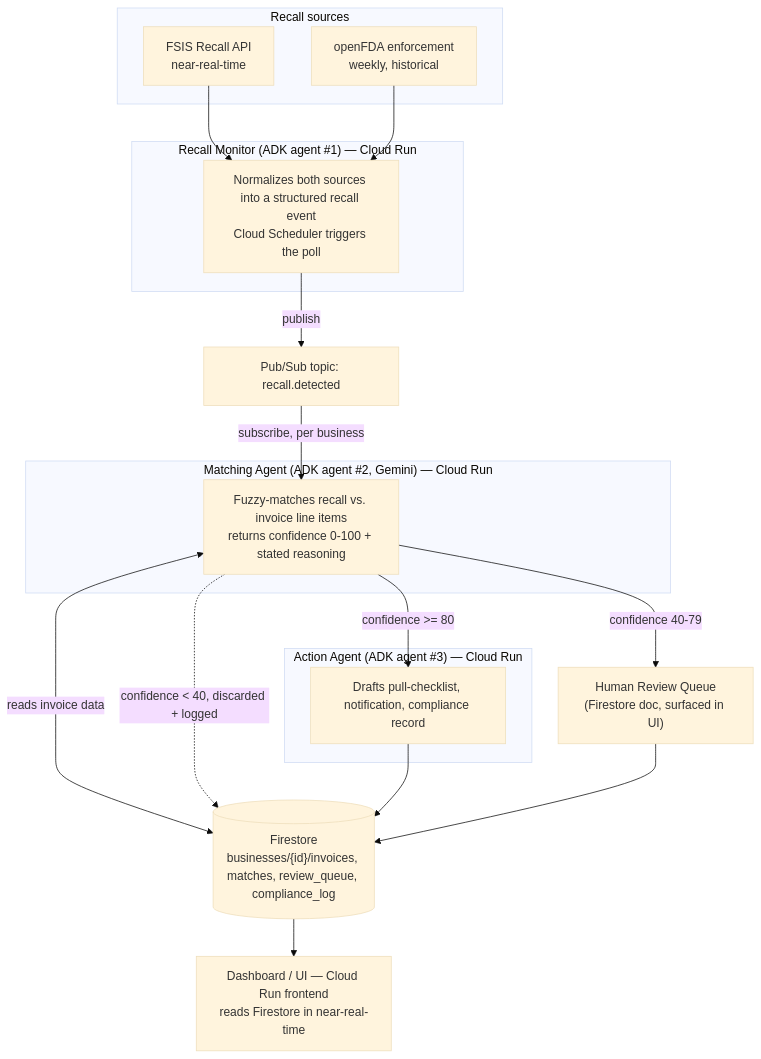
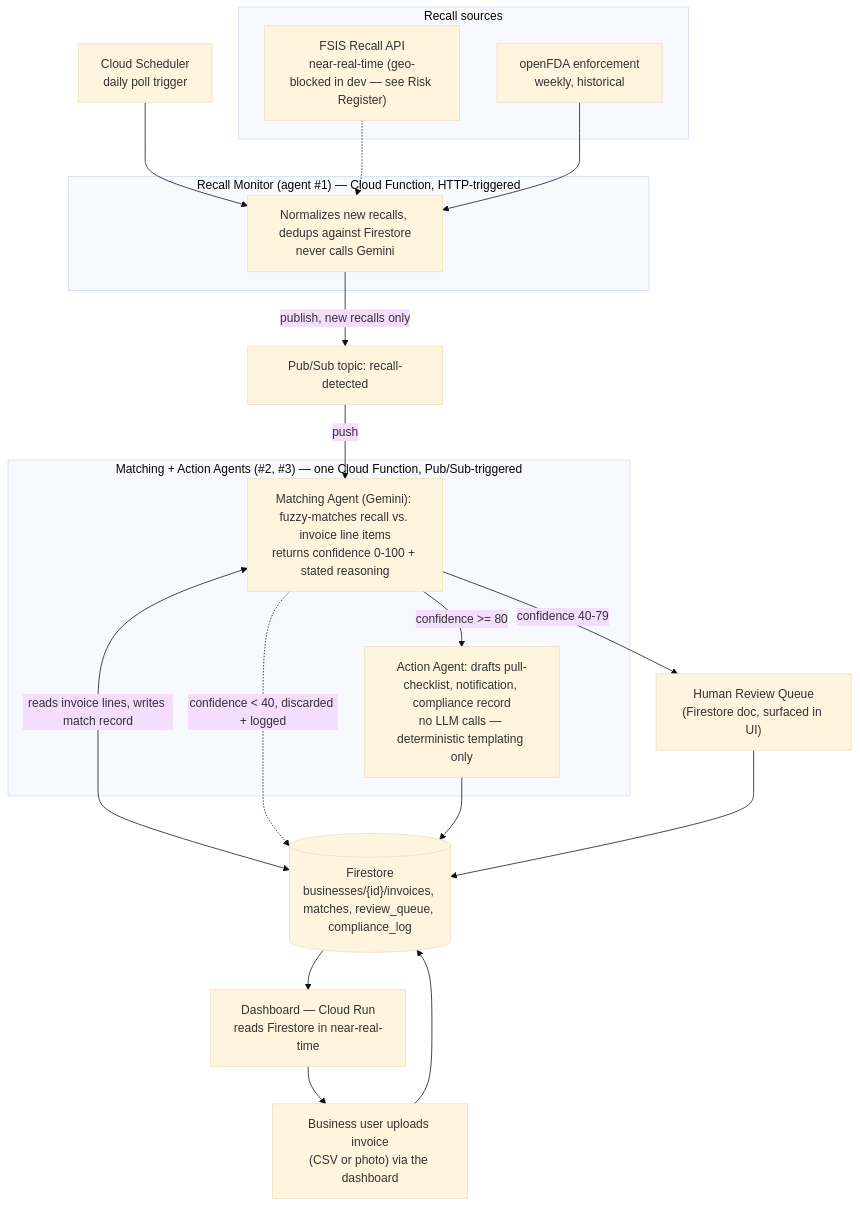
Before and after one commit to bilalhassan-567/RecallGuard: the diagram in docs/ARCHITECTURE.md, drawn with Mermaid (base theme). The commit also changed other lines of this file and 5 other files, not shown here.

First line of the commit message:
Complete N=30 benchmark, fix architecture diagram, build failure-injection demo

````diff
--- a/docs/ARCHITECTURE.md
+++ b/docs/ARCHITECTURE.md
@@ -3,38 +3,41 @@
 ```mermaid
 flowchart TB
     subgraph Sources["Recall sources"]
-        FSIS["FSIS Recall API<br/>near-real-time"]
+        FSIS["FSIS Recall API<br/>near-real-time (geo-blocked in dev — see Risk Register)"]
         FDA["openFDA enforcement<br/>weekly, historical"]
     end
 
-    subgraph Monitor["Recall Monitor (ADK agent #1) — Cloud Run"]
-        MON["Normalizes both sources into a structured recall event<br/>Cloud Scheduler triggers the poll"]
+    SCHED["Cloud Scheduler<br/>daily poll trigger"]
+
+    subgraph Monitor["Recall Monitor (agent #1) — Cloud Function, HTTP-triggered"]
+        MON["Normalizes new recalls, dedups against Firestore<br/>never calls Gemini"]
     end
 
-    TOPIC["Pub/Sub topic: recall.detected"]
+    TOPIC["Pub/Sub topic: recall-detected"]
 
-    subgraph Matching["Matching Agent (ADK agent #2, Gemini) — Cloud Run"]
-        MATCH["Fuzzy-matches recall vs. invoice line items<br/>returns confidence 0-100 + stated reasoning"]
+    subgraph MatchAction["Matching + Action Agents (#2, #3) — one Cloud Function, Pub/Sub-triggered"]
+        MATCH["Matching Agent (Gemini): fuzzy-matches recall vs. invoice line items<br/>returns confidence 0-100 + stated reasoning"]
+        ACT["Action Agent: drafts pull-checklist, notification, compliance record<br/>no LLM calls — deterministic templating only"]
+        MATCH -->|confidence >= 80| ACT
     end
 
+    UPLOAD["Business user uploads invoice<br/>(CSV or photo) via the dashboard"]
     FS[("Firestore<br/>businesses/{id}/invoices, matches, review_queue, compliance_log")]
 
-    subgraph Action["Action Agent (ADK agent #3) — Cloud Run"]
-        ACT["Drafts pull-checklist, notification, compliance record"]
-    end
+    REVIEW["Human Review Queue<br/>(Firestore doc, surfaced in UI)"]
+    UI["Dashboard — Cloud Run<br/>reads Firestore in near-real-time"]
 
-    REVIEW["Human Review Queue<br/>(Firestore doc, surfaced in UI)"]
-    UI["Dashboard / UI — Cloud Run frontend<br/>reads Firestore in near-real-time"]
-
-    FSIS --> MON
+    SCHED --> MON
+    FSIS -.-> MON
     FDA --> MON
-    MON -->|publish| TOPIC
-    TOPIC -->|subscribe, per business| MATCH
-    MATCH <-->|reads invoice data| FS
-    MATCH -->|confidence >= 80| ACT
+    MON -->|publish, new recalls only| TOPIC
+    TOPIC -->|push| MATCH
+    UPLOAD --> FS
+    MATCH <-->|reads invoice lines, writes match record| FS
     MATCH -->|confidence 40-79| REVIEW
     MATCH -.->|confidence < 40, discarded + logged| FS
     ACT --> FS
     REVIEW --> FS
     FS --> UI
+    UI --> UPLOAD
 ```
````
